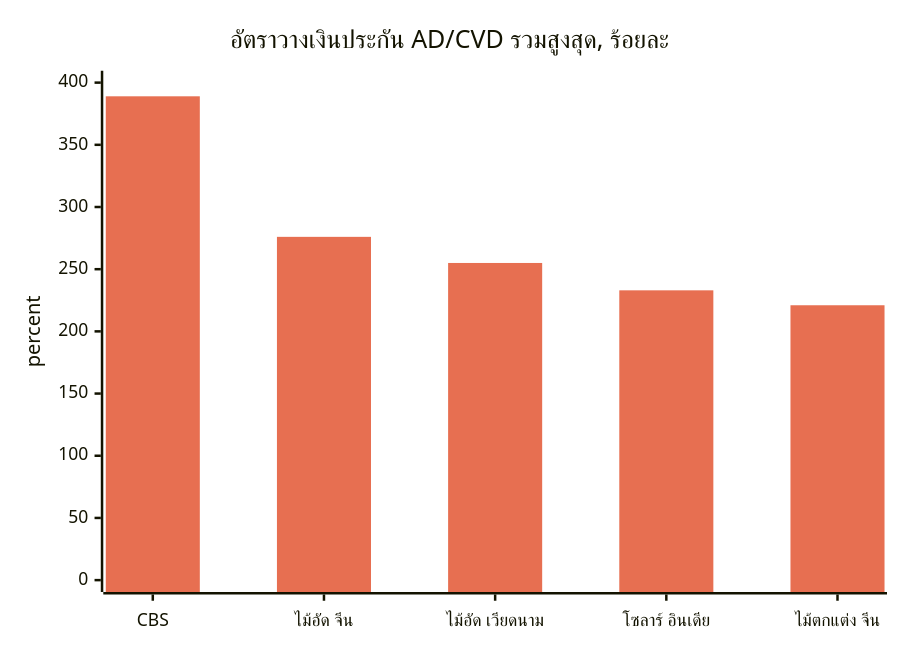
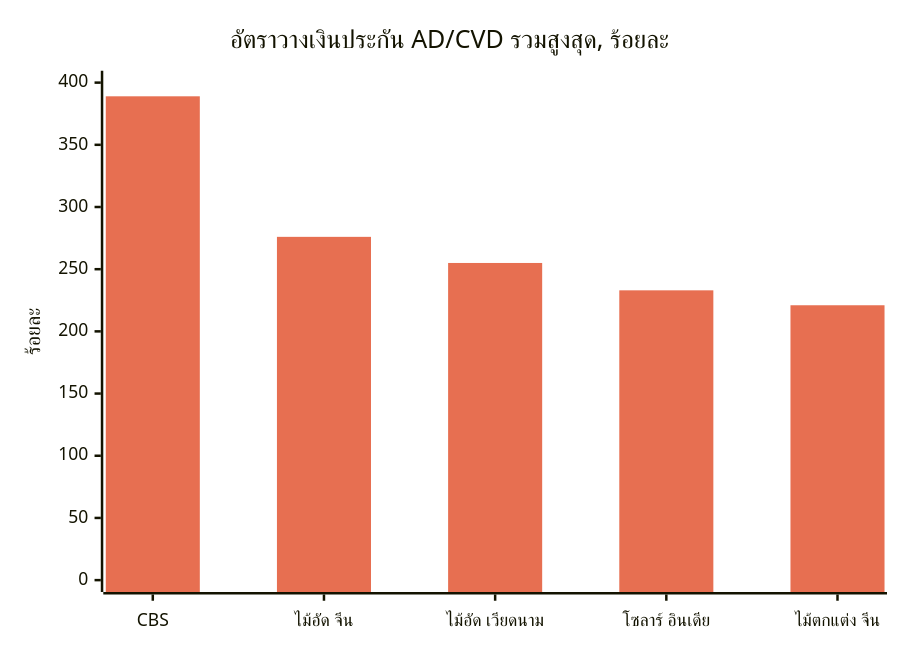
The second of 15 diagrams in Global-Trade-Intelligence-weekly-2026-11-23/index.th.md (dureach/research), drawn with Mermaid before and after one commit. The commit also changed other lines of this file and 5 other files, not shown here.

````diff
--- a/Global-Trade-Intelligence-weekly-2026-11-23/index.th.md
+++ b/Global-Trade-Intelligence-weekly-2026-11-23/index.th.md
@@ -228,8 +228,8 @@
 ```mermaid
 %%{init: {'theme': 'base', 'themeVariables': {'xyChart': {'plotColorPalette': '#e76f51'}}}}%%
 xychart-beta
     title "อัตราวางเงินประกัน AD/CVD รวมสูงสุด, ร้อยละ"
     x-axis ["CBS", "ไม้อัด จีน", "ไม้อัด เวียดนาม", "โซลาร์ อินเดีย", "ไม้ตกแต่ง จีน"]
-    y-axis "percent" 0 --> 400
+    y-axis "ร้อยละ" 0 --> 400
     bar [389, 276, 255, 233, 221]
 ```
````
